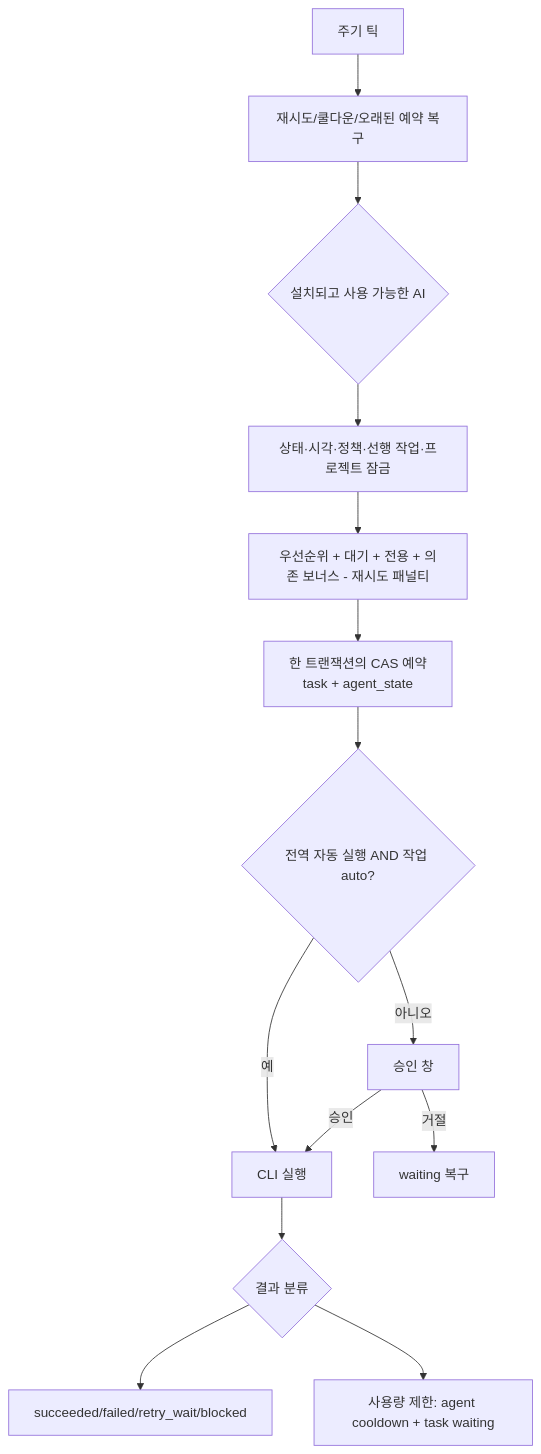
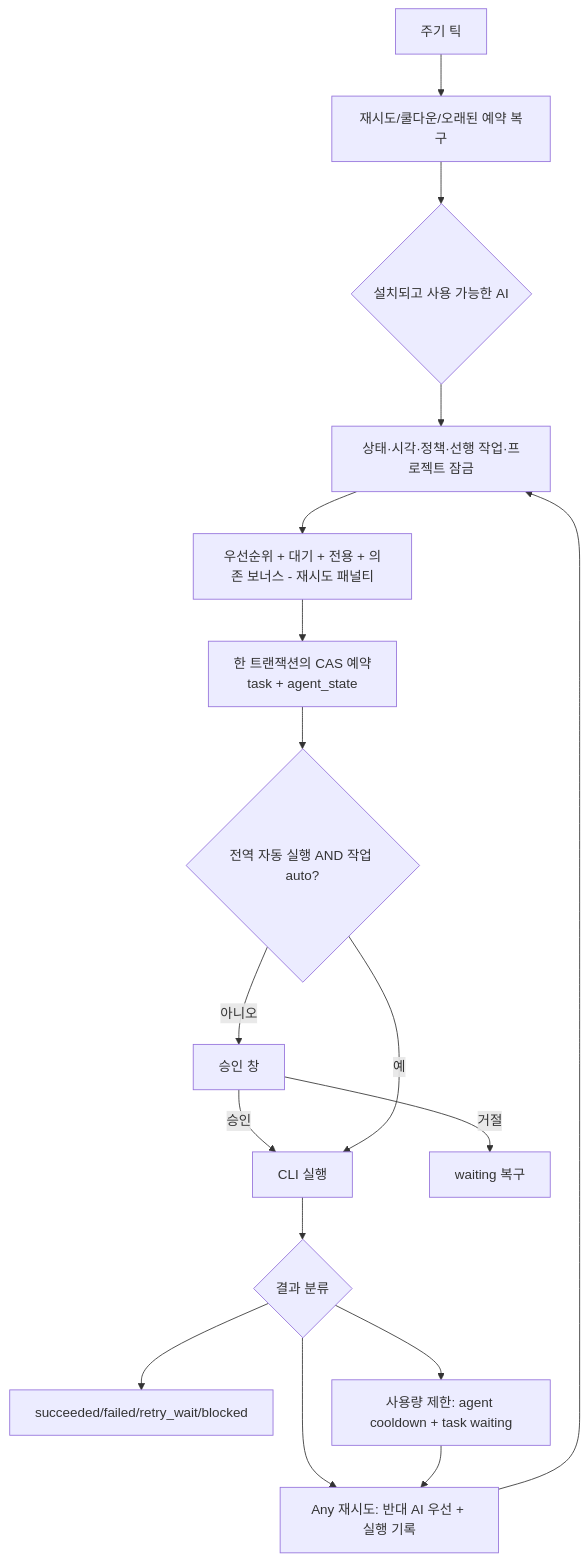
One commit to jasonwpgml/AQR changed the fourth of 4 diagrams in ai-queue-runner/docs/ARCHITECTURE.md. Above: the diagram before and after it, drawn with Mermaid. The commit also changed other lines of this file and 24 other files, not shown here.

First line of the commit message:
feat: auto fallback of failed ANY tasks to the other agent (T029)

````diff
--- a/ai-queue-runner/docs/ARCHITECTURE.md
+++ b/ai-queue-runner/docs/ARCHITECTURE.md
@@ -151,16 +154,19 @@
 ```mermaid
 flowchart TD
     TICK[주기 틱] --> MAINT[재시도/쿨다운/오래된 예약 복구]
     MAINT --> AG{설치되고 사용 가능한 AI}
     AG --> FILTER[상태·시각·정책·선행 작업·프로젝트 잠금]
     FILTER --> SCORE[우선순위 + 대기 + 전용 + 의존 보너스 - 재시도 패널티]
     SCORE --> CAS[한 트랜잭션의 CAS 예약\ntask + agent_state]
     CAS --> APPROVE{전역 자동 실행 AND 작업 auto?}
     APPROVE -- 아니오 --> USER[승인 창]
     USER -- 승인 --> RUN
     USER -- 거절 --> WAIT[waiting 복구]
     APPROVE -- 예 --> RUN[CLI 실행]
     RUN --> RESULT{결과 분류}
     RESULT --> DONE[succeeded/failed/retry_wait/blocked]
     RESULT --> LIMIT[사용량 제한: agent cooldown + task waiting]
+    RESULT --> FALLBACK[Any 재시도: 반대 AI 우선 + 실행 기록]
+    FALLBACK --> FILTER
+    LIMIT --> FALLBACK
 ```
````
